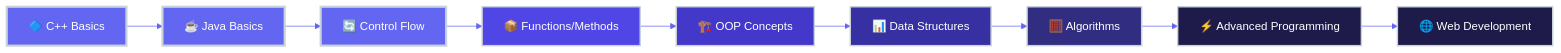
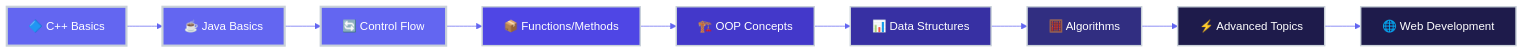
One commit to zainabgondal/zainabgondal changed the diagram in README.md. Above: the diagram before and after it, drawn with Mermaid. The commit also changed other lines of this file, not shown here.

````diff
--- a/README.md
+++ b/README.md
@@ -220,22 +178,22 @@
 ```mermaid
 %%{init: {'theme':'base', 'themeVariables': {'primaryColor':'#6366F1','primaryTextColor':'#fff','primaryBorderColor':'#C9D1D9','lineColor':'#6366F1','secondaryColor':'#4F46E5','tertiaryColor':'#4338CA'}}}%%
 graph LR
     A[🔷 C++ Basics] --> B[☕ Java Basics]
     B --> C[🔄 Control Flow]
     C --> D[📦 Functions/Methods]
     D --> E[🏗️ OOP Concepts]
     E --> F[📊 Data Structures]
     F --> G[🧮 Algorithms]
-    G --> H[⚡ Advanced Programming]
+    G --> H[⚡ Advanced Topics]
     H --> I[🌐 Web Development]
     
     style A fill:#6366F1,stroke:#C9D1D9,stroke-width:3px,color:#fff
     style B fill:#6366F1,stroke:#C9D1D9,stroke-width:3px,color:#fff
     style C fill:#6366F1,stroke:#C9D1D9,stroke-width:3px,color:#fff
     style D fill:#4F46E5,stroke:#C9D1D9,stroke-width:2px,color:#fff
     style E fill:#4338CA,stroke:#C9D1D9,stroke-width:2px,color:#fff
     style F fill:#3730A3,stroke:#C9D1D9,stroke-width:2px,color:#fff
     style G fill:#312E81,stroke:#C9D1D9,stroke-width:2px,color:#fff
     style H fill:#1E1B4B,stroke:#C9D1D9,stroke-width:2px,color:#fff
     style I fill:#1E1B4B,stroke:#C9D1D9,stroke-width:2px,color:#fff
 ```
````
